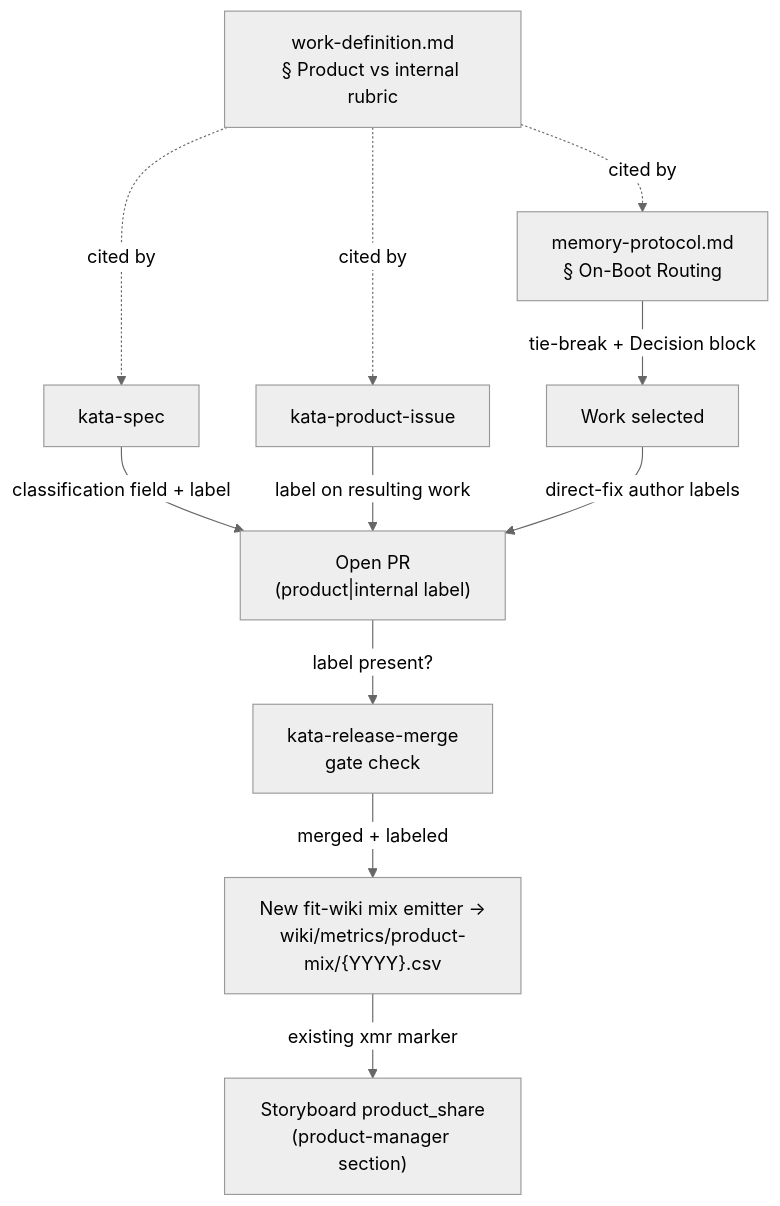
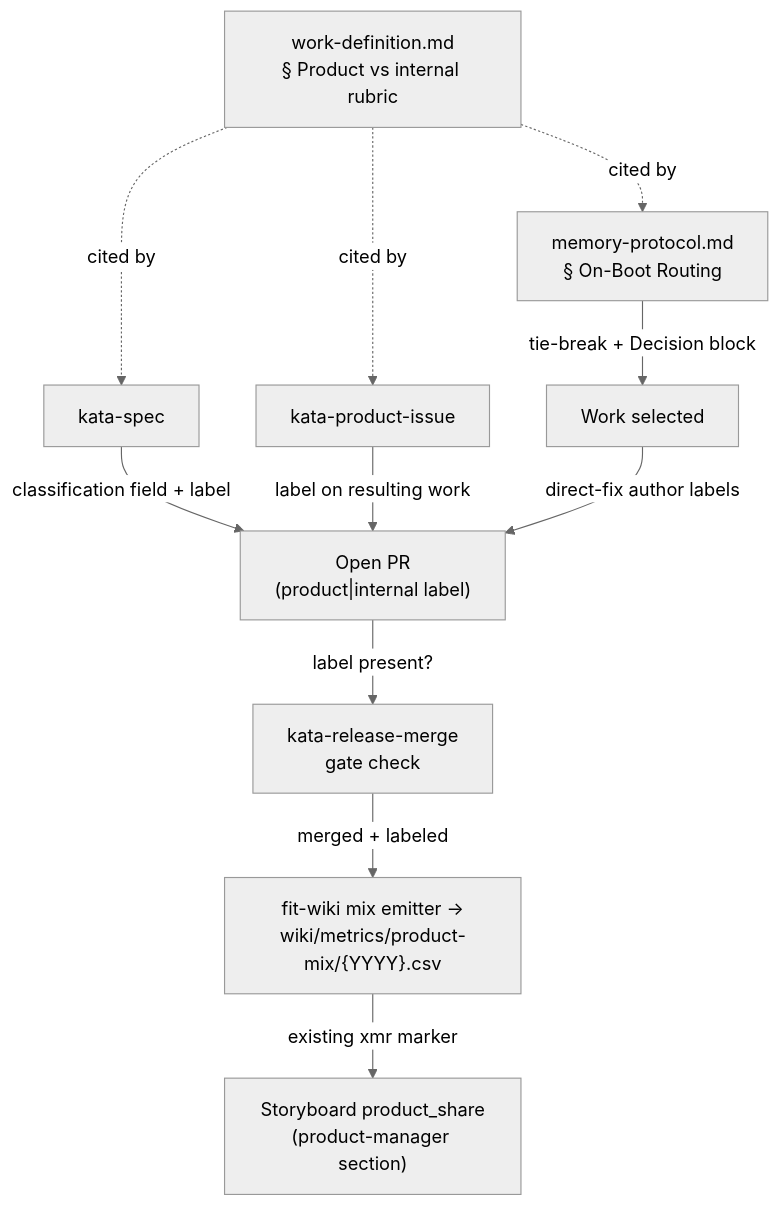
Before and after one commit to forwardimpact/monorepo: the diagram in specs/2070-product-vs-internal-work-axis/design-a.md, drawn with Mermaid (neutral theme). The commit also changed other lines of this file, not shown here.

````diff
--- a/specs/2070-product-vs-internal-work-axis/design-a.md
+++ b/specs/2070-product-vs-internal-work-axis/design-a.md
@@ -16,15 +16,15 @@
 ```mermaid
 graph TD
     R["work-definition.md<br/>§ Product vs internal rubric"]
     R -.cited by.-> S["kata-spec"]
     R -.cited by.-> T["kata-product-issue"]
     R -.cited by.-> M["memory-protocol.md<br/>§ On-Boot Routing"]
 
     S -->|classification field + label| PR["Open PR<br/>(product|internal label)"]
     T -->|label on resulting work| PR
     M -->|tie-break + Decision block| W["Work selected"]
     W -->|direct-fix author labels| PR
     PR -->|label present?| G["kata-release-merge<br/>gate check"]
-    G -->|merged + labeled| C["New fit-wiki mix emitter →<br/>wiki/metrics/product-mix/{YYYY}.csv"]
+    G -->|merged + labeled| C["fit-wiki mix emitter →<br/>wiki/metrics/product-mix/{YYYY}.csv"]
     C -->|existing xmr marker| SB["Storyboard product_share<br/>(product-manager section)"]
 ```
````
